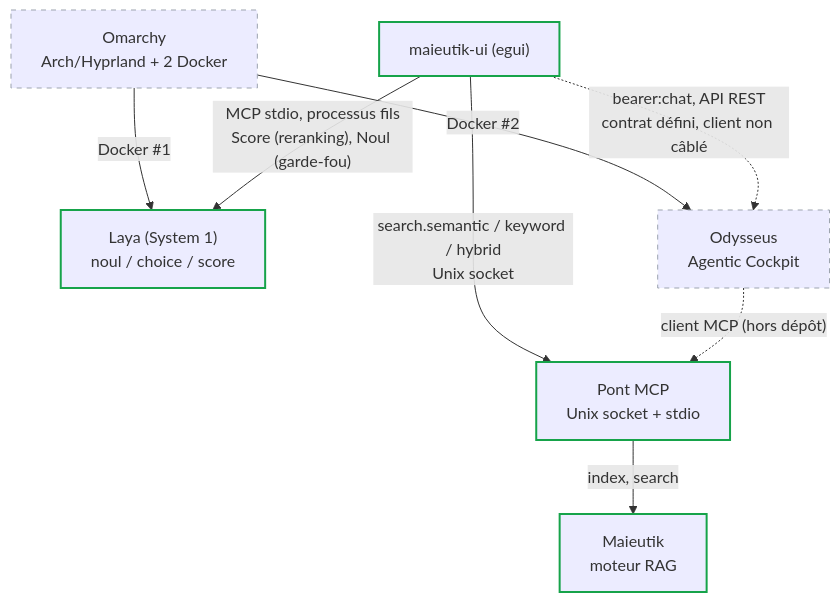
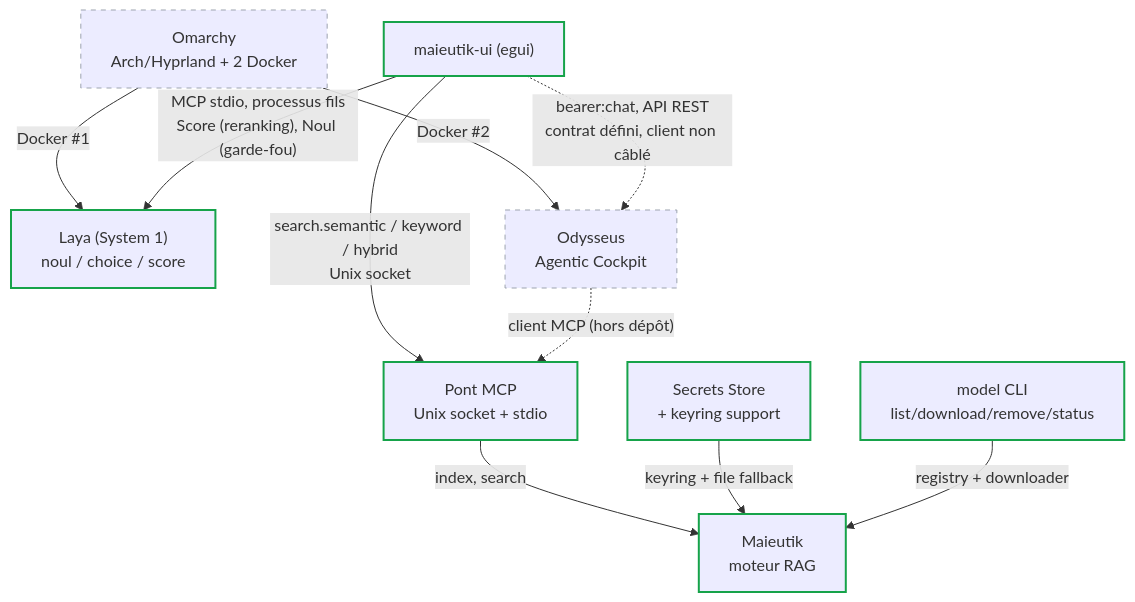
The diagram in README.md (chelmooz/maieutik), drawn with Mermaid before and after one commit. The commit also changed other lines of this file and 55 other files, not shown here.

First line of the commit message:
feat: add Secrets Store and Model CLI (P0)

````diff
--- a/README.md
+++ b/README.md
@@ -41,22 +52,32 @@
 ```mermaid
 flowchart TD
+    %% Core components
     Omarchy["Omarchy<br/>Arch/Hyprland + 2 Docker"]
     Laya["Laya (System 1)<br/>noul / choice / score"]
     Odysseus["Odysseus<br/>Agentic Cockpit"]
     Maieutik["Maieutik<br/>moteur RAG"]
     MCP["Pont MCP<br/>Unix socket + stdio"]
     UI["maieutik-ui (egui)"]
-
+    
+    %% P0 Additions
+    SecretsStore["Secrets Store<br/>+ keyring support"]
+    ModelCLI["model CLI<br/>list/download/remove/status"]
+    
+    %% Connections
     Omarchy -->|"Docker #1"| Laya
     Omarchy -->|"Docker #2"| Odysseus
     UI -->|"MCP stdio, processus fils<br/>Score (reranking), Noul (garde-fou)"| Laya
     UI -->|"search.semantic / keyword / hybrid<br/>Unix socket"| MCP
     MCP -->|"index, search"| Maieutik
     Odysseus -.->|"client MCP (hors dépôt)"| MCP
     UI -.->|"bearer:chat, API REST<br/>contrat défini, client non câblé"| Odysseus
-
+    
+    %% P0 connections (wired)
+    SecretsStore -->|"keyring + file fallback"| Maieutik
+    ModelCLI -->|"registry + downloader"| Maieutik
+    
     classDef wired stroke:#16a34a,stroke-width:2px;
     classDef planned stroke:#9ca3af,stroke-width:1px,stroke-dasharray: 5 5;
-    class Maieutik,MCP,UI,Laya wired;
+    class Maieutik,MCP,UI,Laya,SecretsStore,ModelCLI wired;
     class Odysseus,Omarchy planned;
 ```
````
